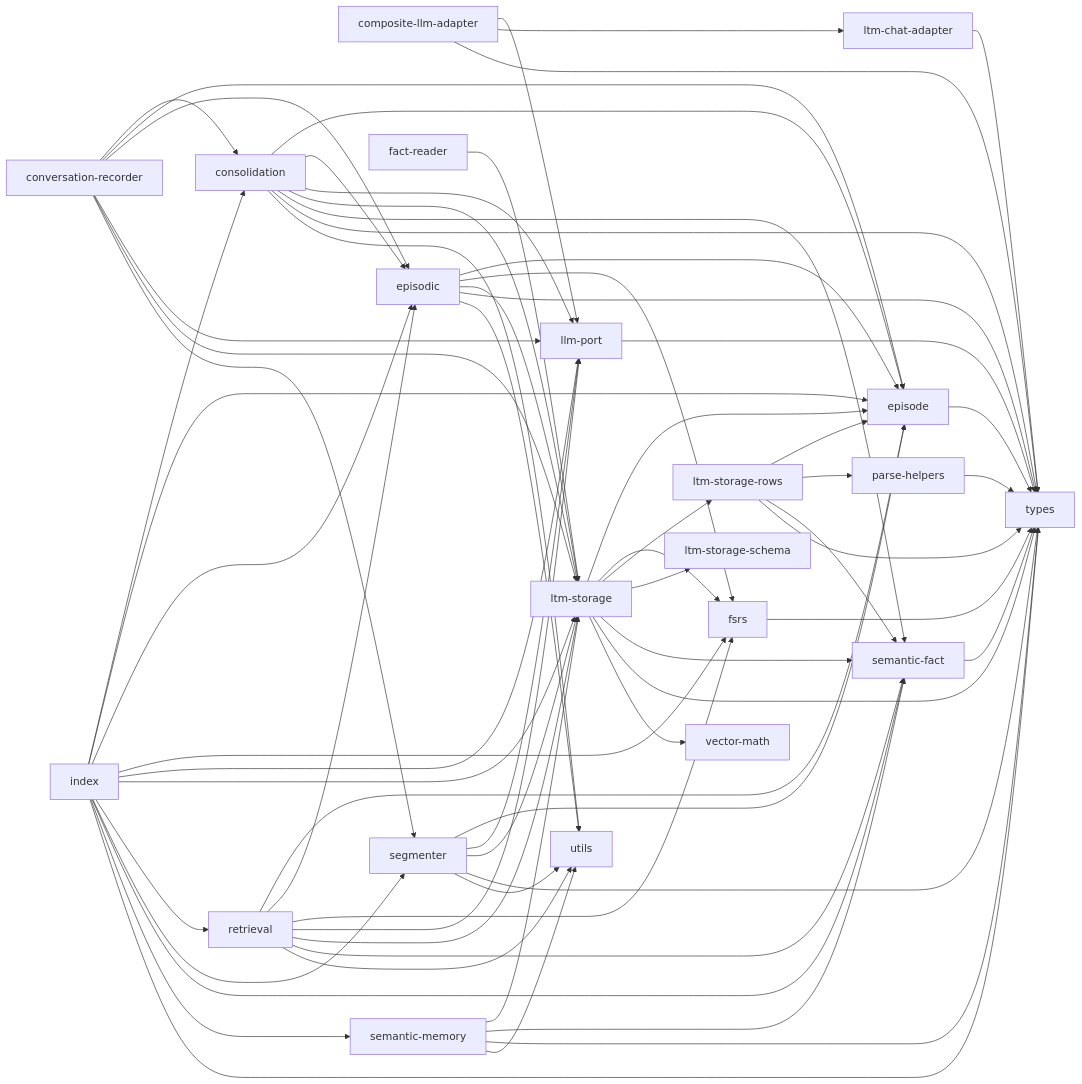
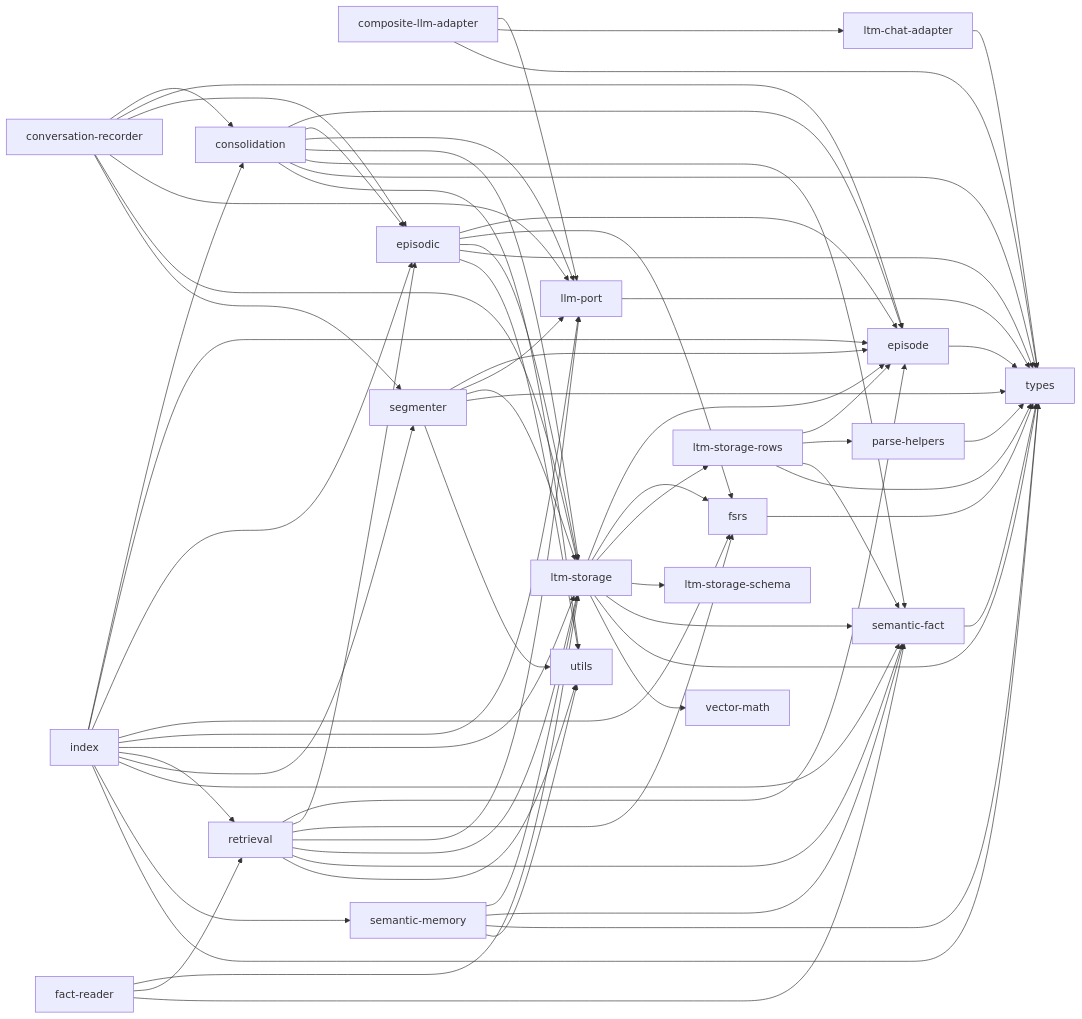
Before and after one commit to OJII3/vicissitude: the diagram in src/ltm/DEPS.md, drawn with Mermaid. The commit also changed other lines of this file and 8 other files, not shown here.

````diff
--- a/src/ltm/DEPS.md
+++ b/src/ltm/DEPS.md
@@ -7,73 +7,75 @@
 ```mermaid
 graph LR
   composite_llm_adapter["composite-llm-adapter"] --> llm_port["llm-port"]
   composite_llm_adapter["composite-llm-adapter"] --> ltm_chat_adapter["ltm-chat-adapter"]
   composite_llm_adapter["composite-llm-adapter"] --> types
   consolidation --> episode
   consolidation --> episodic
   consolidation --> llm_port["llm-port"]
   consolidation --> ltm_storage["ltm-storage"]
   consolidation --> semantic_fact["semantic-fact"]
   consolidation --> types
   consolidation --> utils
   conversation_recorder["conversation-recorder"] --> consolidation
   conversation_recorder["conversation-recorder"] --> episode
   conversation_recorder["conversation-recorder"] --> episodic
   conversation_recorder["conversation-recorder"] --> llm_port["llm-port"]
   conversation_recorder["conversation-recorder"] --> ltm_storage["ltm-storage"]
   conversation_recorder["conversation-recorder"] --> segmenter
   episode --> types
   episodic --> episode
   episodic --> fsrs
   episodic --> ltm_storage["ltm-storage"]
   episodic --> types
   episodic --> utils
   fact_reader["fact-reader"] --> ltm_storage["ltm-storage"]
+  fact_reader["fact-reader"] --> retrieval
+  fact_reader["fact-reader"] --> semantic_fact["semantic-fact"]
   fsrs --> types
   index --> consolidation
   index --> episode
   index --> episodic
   index --> fsrs
   index --> llm_port["llm-port"]
   index --> ltm_storage["ltm-storage"]
   index --> retrieval
   index --> segmenter
   index --> semantic_fact["semantic-fact"]
   index --> semantic_memory["semantic-memory"]
   index --> types
   llm_port["llm-port"] --> types
   ltm_chat_adapter["ltm-chat-adapter"] --> types
   ltm_storage["ltm-storage"] --> episode
   ltm_storage["ltm-storage"] --> fsrs
   ltm_storage["ltm-storage"] --> ltm_storage_rows["ltm-storage-rows"]
   ltm_storage["ltm-storage"] --> ltm_storage_schema["ltm-storage-schema"]
   ltm_storage["ltm-storage"] --> semantic_fact["semantic-fact"]
   ltm_storage["ltm-storage"] --> types
   ltm_storage["ltm-storage"] --> vector_math["vector-math"]
   ltm_storage_rows["ltm-storage-rows"] --> episode
   ltm_storage_rows["ltm-storage-rows"] --> parse_helpers["parse-helpers"]
   ltm_storage_rows["ltm-storage-rows"] --> semantic_fact["semantic-fact"]
   ltm_storage_rows["ltm-storage-rows"] --> types
   ltm_storage_schema["ltm-storage-schema"]
   parse_helpers["parse-helpers"] --> types
   retrieval --> episode
   retrieval --> episodic
   retrieval --> fsrs
   retrieval --> llm_port["llm-port"]
   retrieval --> ltm_storage["ltm-storage"]
   retrieval --> semantic_fact["semantic-fact"]
   retrieval --> utils
   segmenter --> episode
   segmenter --> llm_port["llm-port"]
   segmenter --> ltm_storage["ltm-storage"]
   segmenter --> types
   segmenter --> utils
   semantic_fact["semantic-fact"] --> types
   semantic_memory["semantic-memory"] --> ltm_storage["ltm-storage"]
   semantic_memory["semantic-memory"] --> semantic_fact["semantic-fact"]
   semantic_memory["semantic-memory"] --> types
   semantic_memory["semantic-memory"] --> utils
   types
   utils
   vector_math["vector-math"]
 ```
````
